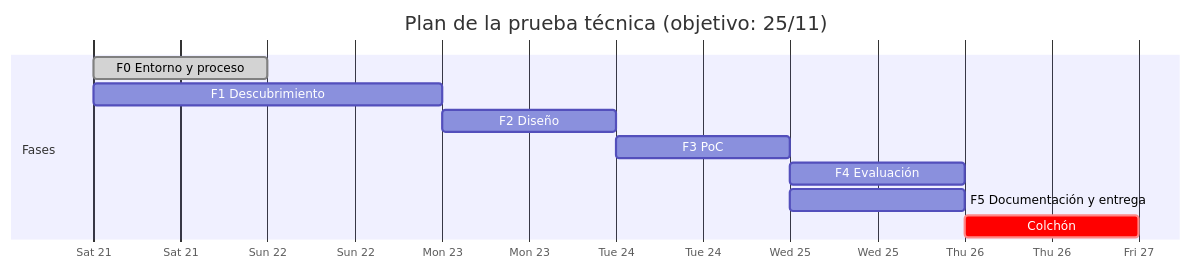
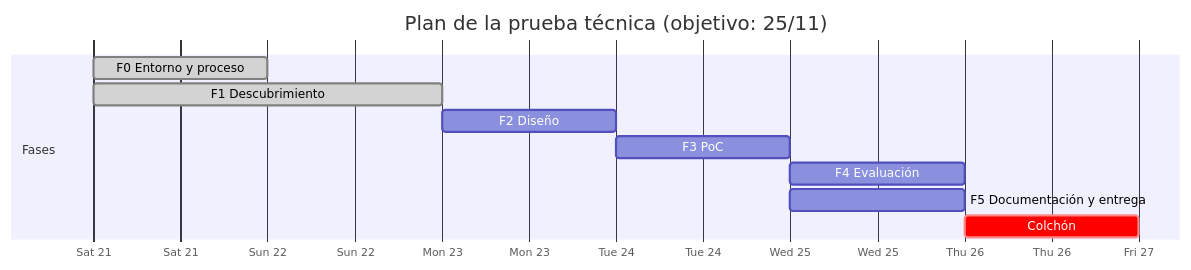
One commit to piglper/eshipping-ai-challenge changed the diagram in docs/PLAN.md. Above: the diagram before and after it, drawn with Mermaid. The commit also changed other lines of this file and 2 other files, not shown here.

````diff
--- a/docs/PLAN.md
+++ b/docs/PLAN.md
@@ -109,14 +109,14 @@
 ```mermaid
 gantt
     title Plan de la prueba técnica (objetivo: 25/11)
     dateFormat YYYY-MM-DD
     axisFormat %a %d
     section Fases
     F0 Entorno y proceso      :done,    f0, 2026-11-21, 1d
-    F1 Descubrimiento         :         f1, 2026-11-21, 1.5d
+    F1 Descubrimiento         :done,    f1, 2026-11-21, 1.5d
     F2 Diseño                 :         f2, after f1, 1d
     F3 PoC                    :         f3, after f2, 1d
     F4 Evaluación             :         f4, after f3, 0.5d
     F5 Documentación y entrega:         f5, 2026-11-25, 1d
     Colchón                   :crit,    b,  2026-11-26, 1d
 ```
````
